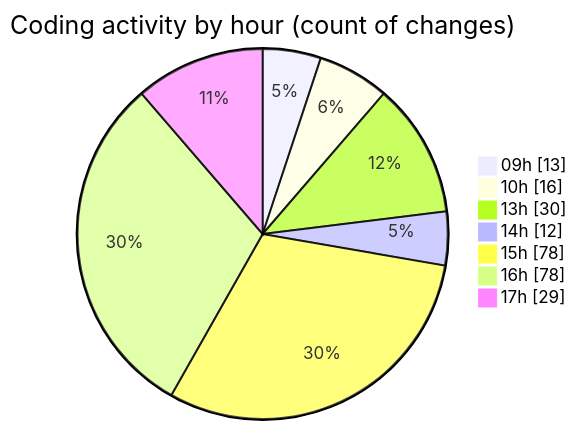
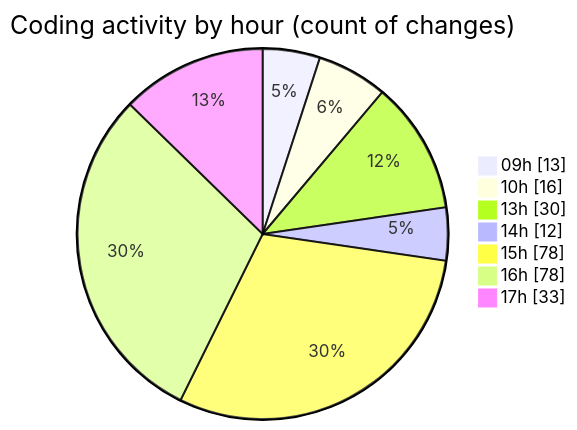
The second of 2 diagrams in 2025-03-31/cda/README.md (momahboobian/code-tracking), drawn with Mermaid before and after one commit. The commit also changed other lines of this file and 1 other file, not shown here.

````diff
--- a/2025-03-31/cda/README.md
+++ b/2025-03-31/cda/README.md
@@ -50,11 +50,11 @@
 ```mermaid
 pie showData
 title Coding activity by hour (count of changes)
 "09h" : 13
 "10h" : 16
 "13h" : 30
 "14h" : 12
 "15h" : 78
 "16h" : 78
-"17h" : 29
+"17h" : 33
 ```
````
